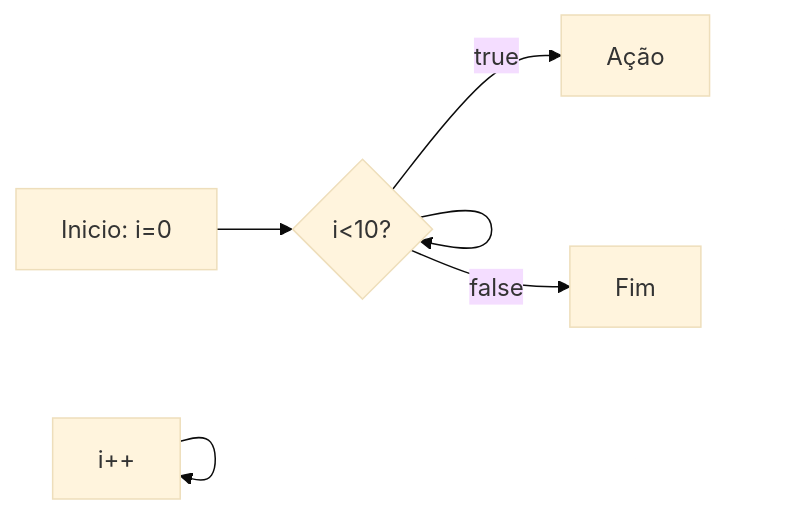
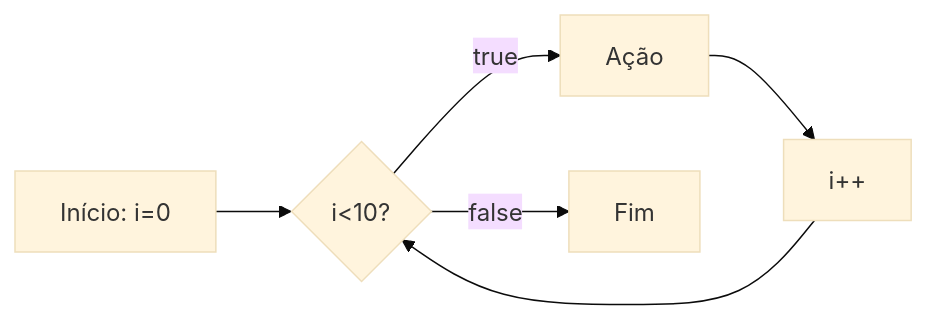
One commit to yasminsantosdurval-rm/BackEnd changed the eighth of 8 diagrams in README.md. Above: the diagram before and after it, drawn with Mermaid (base theme). The commit also changed other lines of this file, not shown here.

````diff
--- a/README.md
+++ b/README.md
@@ -472,10 +475,10 @@
 ```mermaid
 
 flowchart LR
-A[Inicio: i=0] --> B{i<10?}
-B --true--> C[Ação]
-D -->D[i++]
-B --> B
-B --false--> E[Fim]
+    A[Início: i=0] --> B{i<10?}
+    B --true--> C[Ação]
+    C --> D[i++]
+    D --> B
+    B --false--> E[Fim]
 
 ```
````
